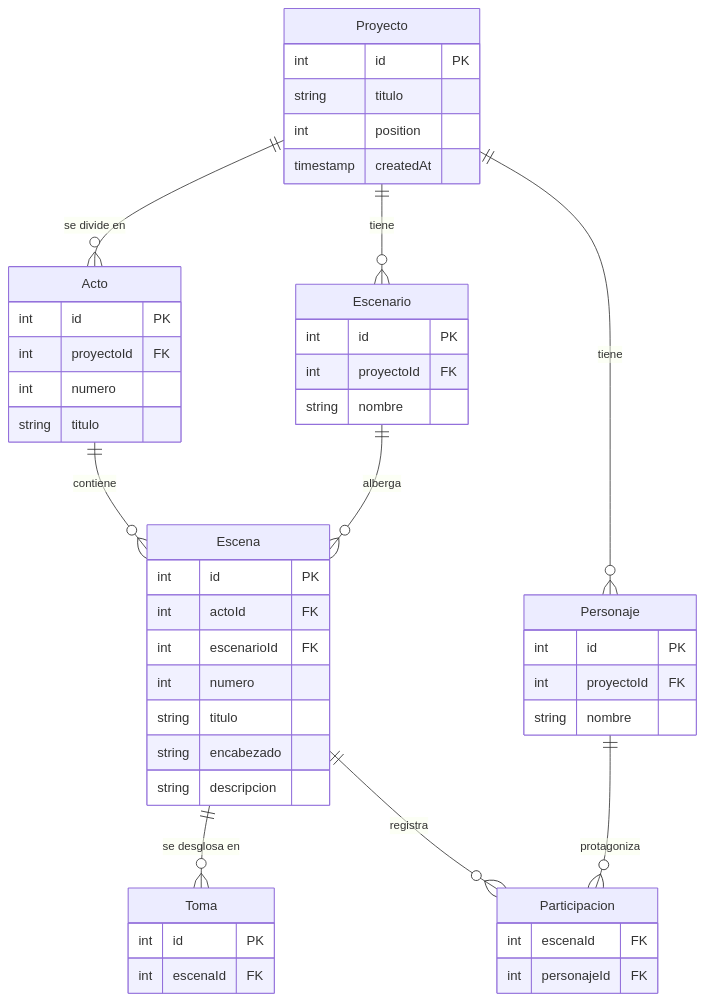
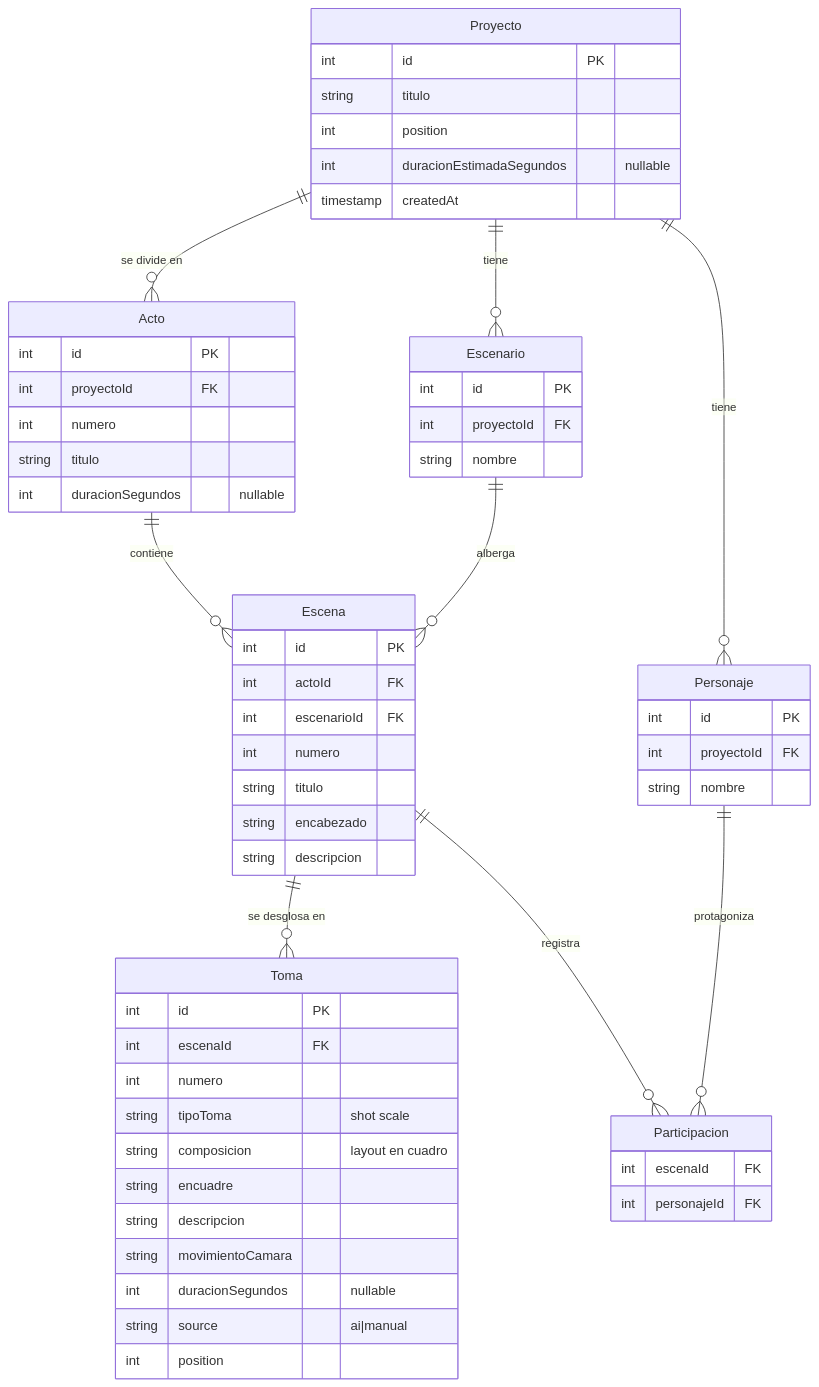
Before and after one commit to Moibe/estudio-cine: the diagram in docs/entidades.md, drawn with Mermaid. The commit also changed other lines of this file and 70 other files, not shown here.

````diff
--- a/docs/entidades.md
+++ b/docs/entidades.md
@@ -7,57 +7,68 @@
 ```mermaid
 erDiagram
     Proyecto      ||--o{ Acto          : "se divide en"
     Proyecto      ||--o{ Personaje     : "tiene"
     Proyecto      ||--o{ Escenario     : "tiene"
     Acto          ||--o{ Escena        : "contiene"
     Escenario     ||--o{ Escena        : "alberga"
     Escena        ||--o{ Toma          : "se desglosa en"
     Escena        ||--o{ Participacion : "registra"
     Personaje     ||--o{ Participacion : "protagoniza"
 
     Proyecto {
         int id PK
         string titulo
         int position
+        int duracionEstimadaSegundos "nullable"
         timestamp createdAt
     }
 
     Acto {
         int id PK
         int proyectoId FK
         int numero
         string titulo
+        int duracionSegundos "nullable"
     }
 
     Escena {
         int id PK
         int actoId FK
         int escenarioId FK
         int numero
         string titulo
         string encabezado
         string descripcion
     }
 
     Personaje {
         int id PK
         int proyectoId FK
         string nombre
     }
 
     Escenario {
         int id PK
         int proyectoId FK
         string nombre
     }
 
     Participacion {
         int escenaId FK
         int personajeId FK
     }
 
     Toma {
         int id PK
         int escenaId FK
+        int numero
+        string tipoToma "shot scale"
+        string composicion "layout en cuadro"
+        string encuadre
+        string descripcion
+        string movimientoCamara
+        int duracionSegundos "nullable"
+        string source "ai|manual"
+        int position
     }
 ```
````
